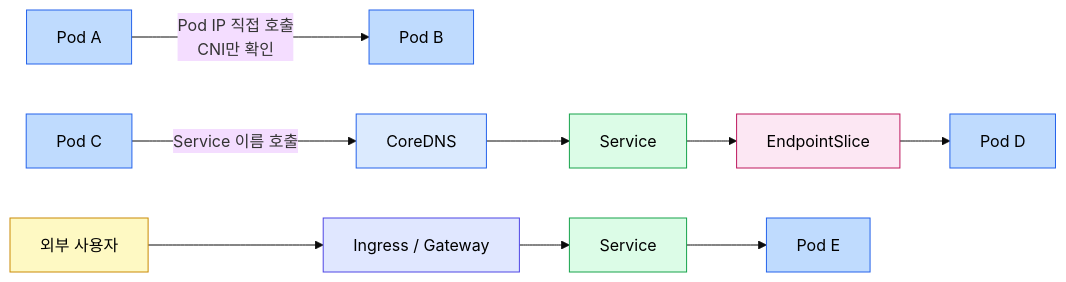
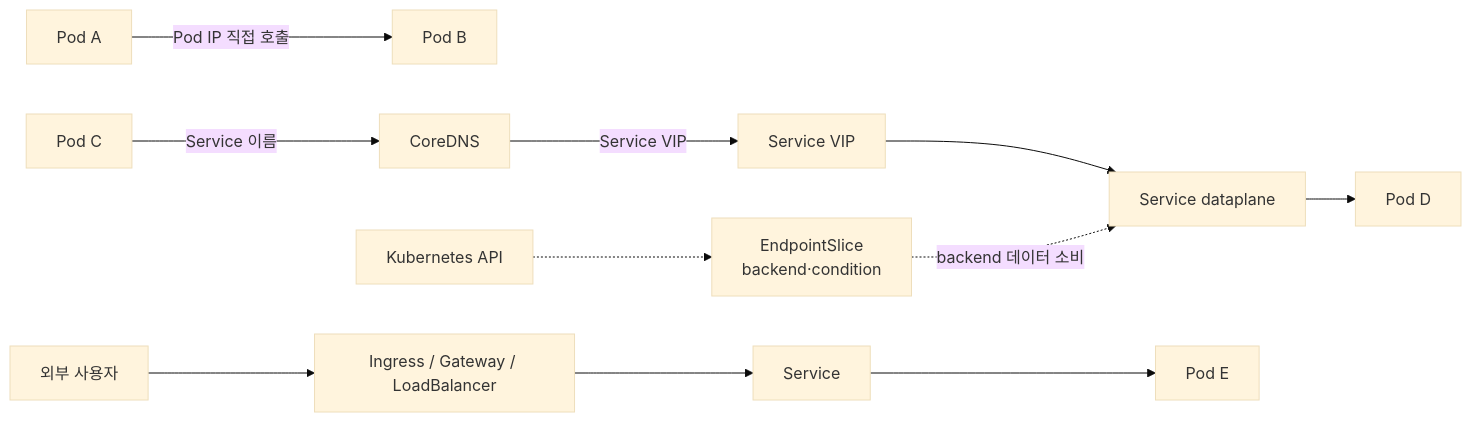
The second of 2 diagrams in write/08_cloud/kubernetes/04_networking/04-01.네트워킹.md (scofe97/StduyWrite), drawn with Mermaid (base theme) before and after one commit. The commit also changed other lines of this file and 142 other files, not shown here.

````diff
--- a/write/08_cloud/kubernetes/04_networking/04-01.네트워킹.md
+++ b/write/08_cloud/kubernetes/04_networking/04-01.네트워킹.md
@@ -117,23 +93,11 @@
 ```mermaid
-graph LR
-    P1["Pod A"] -->|"Pod IP 직접 호출<br/>CNI만 확인"| P2["Pod B"]
-    P3["Pod C"] -->|"Service 이름 호출"| DNS["CoreDNS"]
-    DNS --> SVC["Service"]
-    SVC --> EP["EndpointSlice"]
-    EP --> P4["Pod D"]
-    EXT["외부 사용자"] --> ING["Ingress / Gateway"]
-    ING --> SVC2["Service"]
-    SVC2 --> P5["Pod E"]
-
-    style P1 fill:#bfdbfe,stroke:#2563eb,color:#000
-    style P2 fill:#bfdbfe,stroke:#2563eb,color:#000
-    style P3 fill:#bfdbfe,stroke:#2563eb,color:#000
-    style P4 fill:#bfdbfe,stroke:#2563eb,color:#000
-    style P5 fill:#bfdbfe,stroke:#2563eb,color:#000
-    style DNS fill:#dbeafe,stroke:#2563eb,color:#000
-    style SVC fill:#dcfce7,stroke:#16a34a,color:#000
-    style SVC2 fill:#dcfce7,stroke:#16a34a,color:#000
-    style EP fill:#fce7f3,stroke:#be185d,color:#000
-    style ING fill:#e0e7ff,stroke:#4f46e5,color:#000
-    style EXT fill:#fef9c3,stroke:#ca8a04,color:#000
+flowchart LR
+    P1["Pod A"] -->|"Pod IP 직접 호출"| P2["Pod B"]
+    P3["Pod C"] -->|"Service 이름"| DNS["CoreDNS"]
+    DNS -->|"Service VIP"| SVC["Service VIP"]
+    SVC --> DP["Service dataplane"] --> P4["Pod D"]
+    API["Kubernetes API"] -.-> ES["EndpointSlice<br>backend·condition"]
+    ES -.->|"backend 데이터 소비"| DP
+    EXT["외부 사용자"] --> EDGE["Ingress / Gateway / LoadBalancer"]
+    EDGE --> SVC2["Service"] --> P5["Pod E"]
 ```
````
